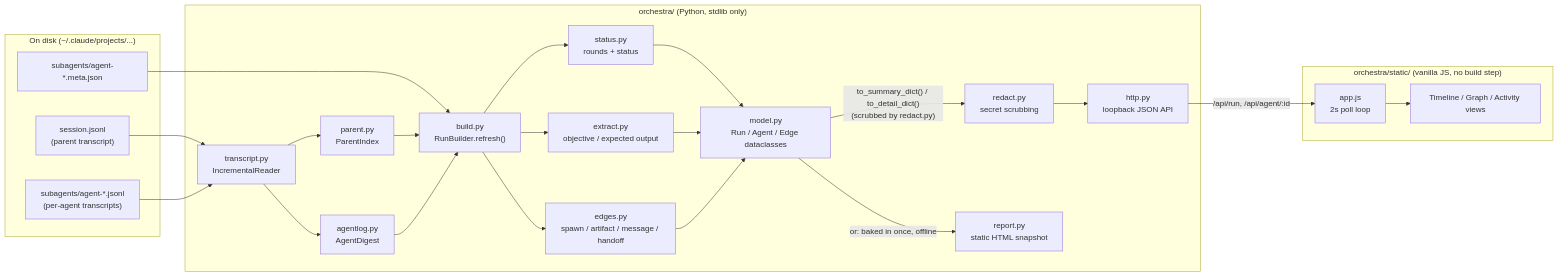
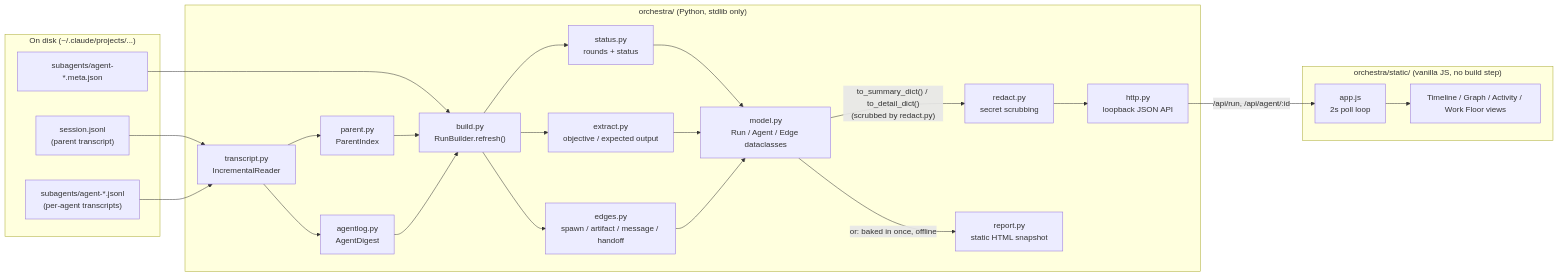
Before and after one commit to chandan12ar/claude-orchestra: the diagram in docs/ARCHITECTURE.md, drawn with Mermaid. The commit also changed other lines of this file and 8 other files, not shown here.

First line of the commit message:
feat: Work Floor pixel-sprite view

````diff
--- a/docs/ARCHITECTURE.md
+++ b/docs/ARCHITECTURE.md
@@ -117,40 +117,40 @@
 ```mermaid
 flowchart LR
     subgraph disk["On disk (~/.claude/projects/...)"]
         A["session.jsonl<br/>(parent transcript)"]
         B["subagents/agent-*.jsonl<br/>(per-agent transcripts)"]
         C["subagents/agent-*.meta.json"]
     end
 
     subgraph backend["orchestra/ (Python, stdlib only)"]
         D["transcript.py<br/>IncrementalReader"]
         E["parent.py<br/>ParentIndex"]
         F["agentlog.py<br/>AgentDigest"]
         G["status.py<br/>rounds + status"]
         H["extract.py<br/>objective / expected output"]
         I["edges.py<br/>spawn / artifact / message / handoff"]
         J["build.py<br/>RunBuilder.refresh()"]
         K["model.py<br/>Run / Agent / Edge dataclasses"]
         L["redact.py<br/>secret scrubbing"]
         M["http.py<br/>loopback JSON API"]
         N["report.py<br/>static HTML snapshot"]
     end
 
     subgraph frontend["orchestra/static/ (vanilla JS, no build step)"]
         O["app.js<br/>2s poll loop"]
-        P["Timeline / Graph / Activity views"]
+        P["Timeline / Graph / Activity / Work Floor views"]
     end
 
     A --> D --> E
     B --> D --> F
     C --> J
     E --> J
     F --> J
     J --> G
     J --> H
     J --> I
     G & H & I --> K
     K -->|"to_summary_dict() / to_detail_dict()<br/>(scrubbed by redact.py)"| L --> M
     M -->|"/api/run, /api/agent/:id"| O --> P
     K -->|"or: baked in once, offline"| N
 ```
````
